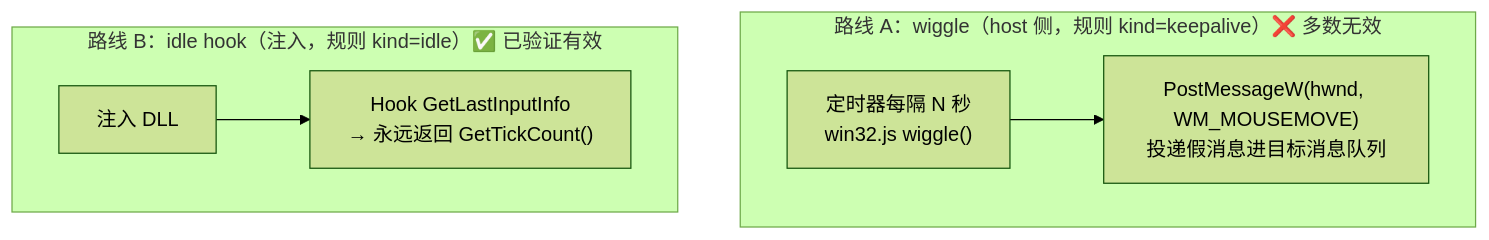
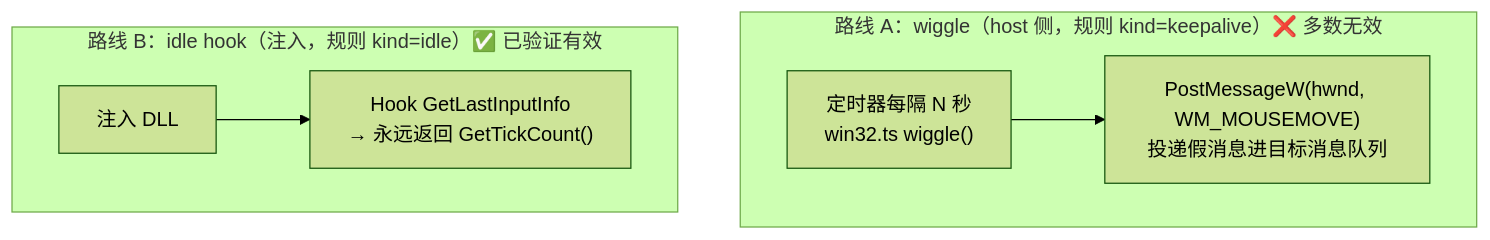
The fourth of 5 diagrams in docs/architecture.md (sjatsh/de-anti-capture), drawn with Mermaid (forest theme) before and after one commit. The commit also changed other lines of this file and 134 other files, not shown here.

````diff
--- a/docs/architecture.md
+++ b/docs/architecture.md
@@ -187,9 +187,9 @@
 ```mermaid
 flowchart TB
     subgraph BAD["路线 A：wiggle（host 侧，规则 kind=keepalive）❌ 多数无效"]
-        A1["定时器每隔 N 秒\nwin32.js wiggle()"] --> A2["PostMessageW(hwnd, WM_MOUSEMOVE)\n投递假消息进目标消息队列"]
+        A1["定时器每隔 N 秒\nwin32.ts wiggle()"] --> A2["PostMessageW(hwnd, WM_MOUSEMOVE)\n投递假消息进目标消息队列"]
     end
     subgraph GOOD["路线 B：idle hook（注入，规则 kind=idle）✅ 已验证有效"]
         B1["注入 DLL"] --> B2["Hook GetLastInputInfo\n→ 永远返回 GetTickCount()"]
     end
 ```
````
